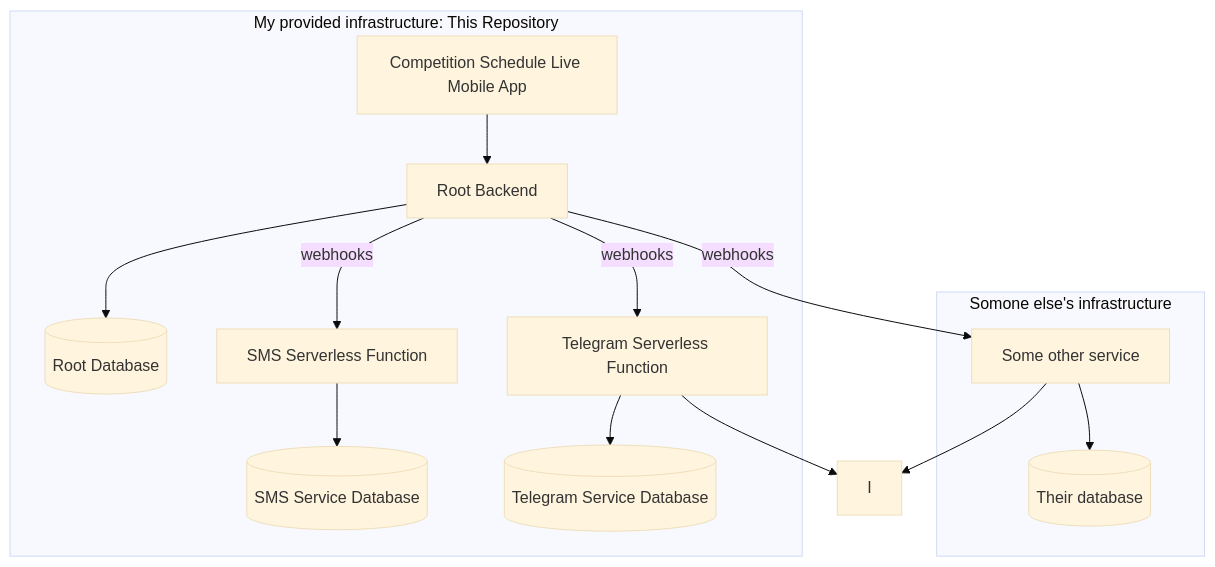
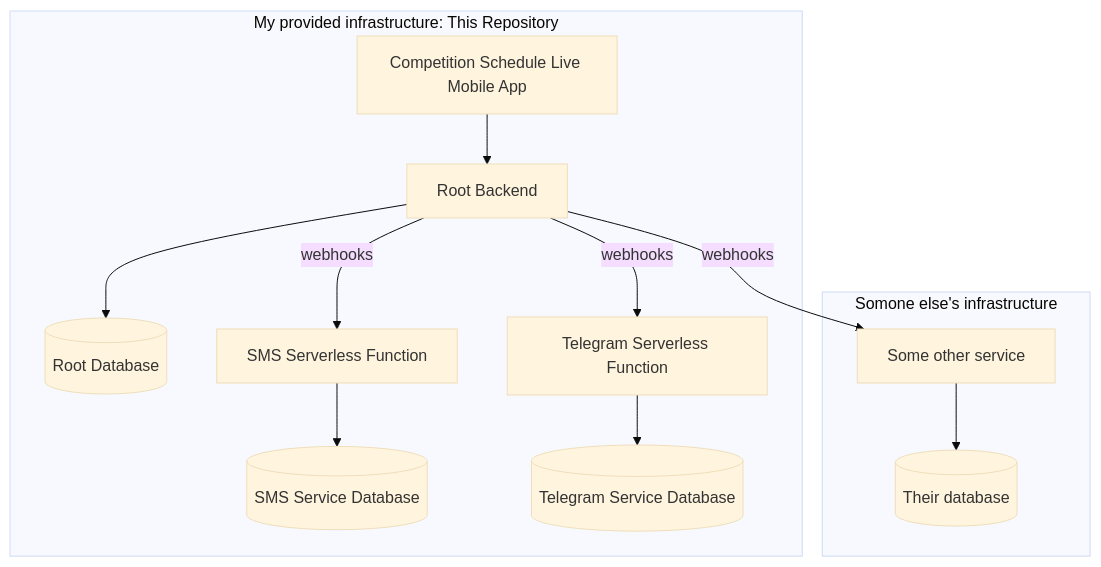
The diagram in README.md (coder13/competition-schedule-live), drawn with Mermaid (base theme) before and after one commit.

````diff
--- a/README.md
+++ b/README.md
@@ -46,19 +46,16 @@
 ```mermaid
 graph TD
     subgraph My provided infrastructure: This Repository
     A[Root Backend] --> B[(Root Database)]
     C[SMS Serverless Function] --> F[(SMS Service Database)]
     D[Telegram Serverless Function] --> G[(Telegram Service Database)]
     A -->|webhooks| C
     A -->|webhooks| D
     E[Competition Schedule Live Mobile App] --> A
     end
-    D --> I
     
     subgraph Somone else's infrastructure
     A -->|webhooks| J[Some other service]
     J --> K[(Their database)]
     end
-
-    J[Some other service] --> I
 ```
````
